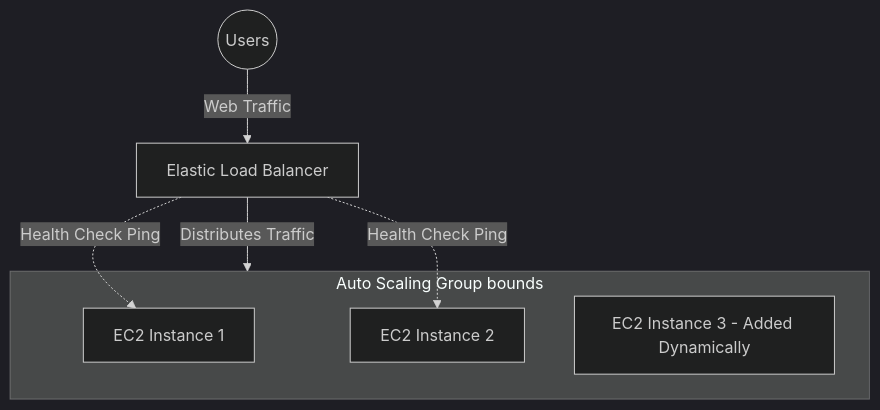
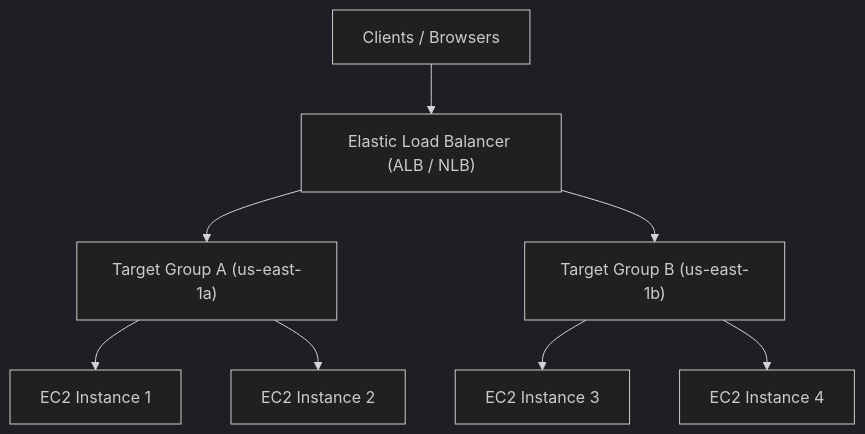
The fifth of 11 diagrams in docs/Sem-5/Theory/Open Elective/AWS Fundamental/u3.mdx (ankur3-101106/portfolio), drawn with Mermaid (dark theme) before and after one commit. The commit also changed other lines of this file and 5 other files, not shown here.

````diff
--- a/docs/Sem-5/Theory/Open Elective/AWS Fundamental/u3.mdx
+++ b/docs/Sem-5/Theory/Open Elective/AWS Fundamental/u3.mdx
@@ -85,12 +173,19 @@
 ```mermaid
 flowchart TD
-    Users((Users)) -->|Web Traffic| ELB[Elastic Load Balancer]
-    ELB -->|Distributes Traffic| ASG[Auto Scaling Group]
-    subgraph ASG [Auto Scaling Group bounds]
-        EC2_1[EC2 Instance 1]
-        EC2_2[EC2 Instance 2]
-        EC2_3[EC2 Instance 3 - Added Dynamically]
-    end
-    ELB -.->|Health Check Ping| EC2_1
-    ELB -.->|Health Check Ping| EC2_2
+    Client["Clients / Browsers"]
+    ELB["Elastic Load Balancer (ALB / NLB)"]
+    TG1["Target Group A (us-east-1a)"]
+    TG2["Target Group B (us-east-1b)"]
+    EC2_1["EC2 Instance 1"]
+    EC2_2["EC2 Instance 2"]
+    EC2_3["EC2 Instance 3"]
+    EC2_4["EC2 Instance 4"]
+
+    Client --> ELB
+    ELB --> TG1
+    ELB --> TG2
+    TG1 --> EC2_1
+    TG1 --> EC2_2
+    TG2 --> EC2_3
+    TG2 --> EC2_4
 ```
````
